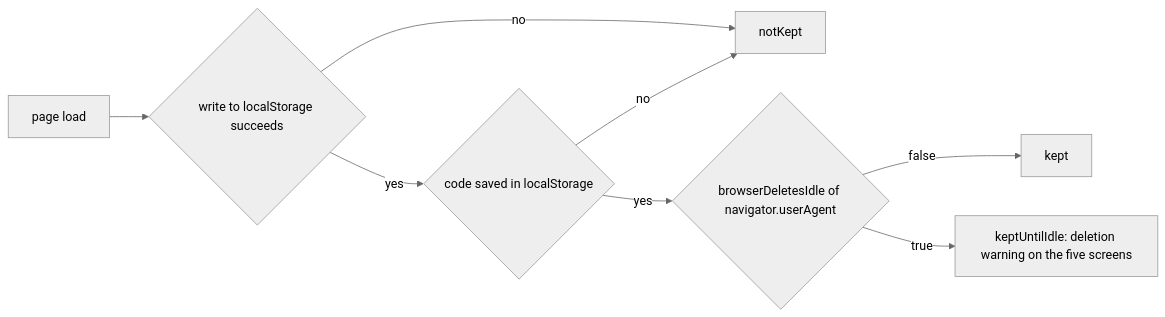
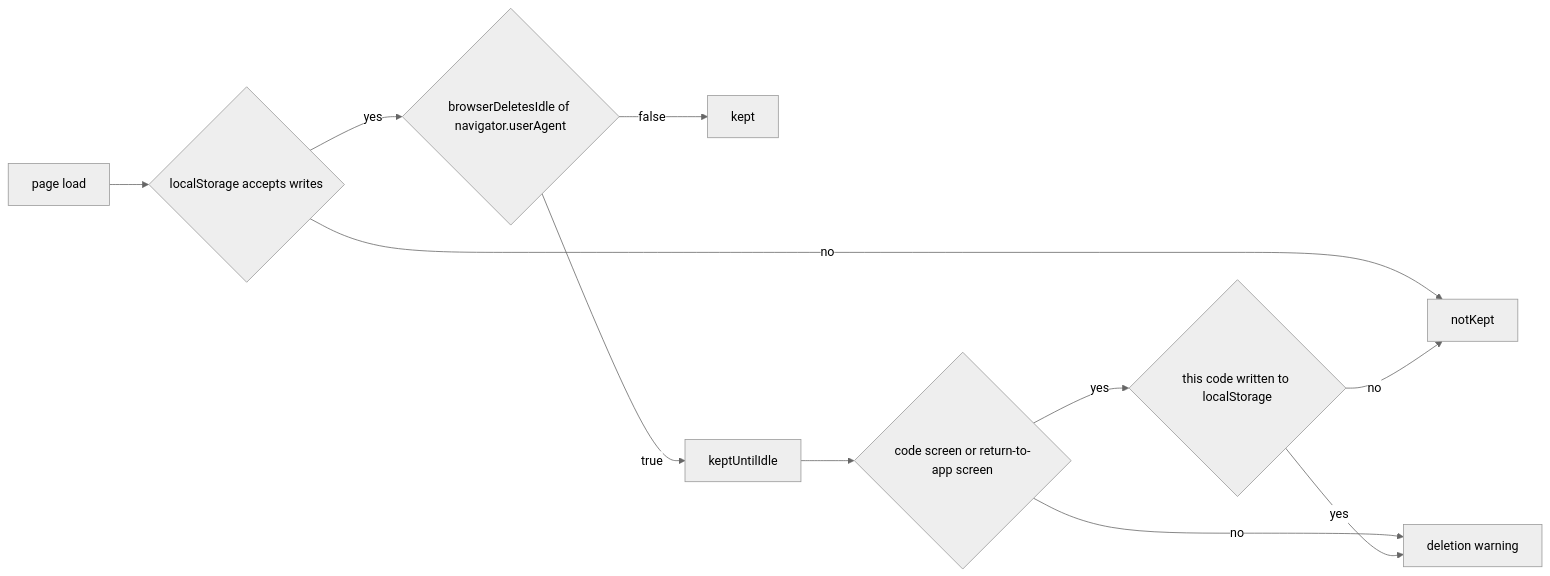
One commit to simplex-chat/simplex-chat changed the diagram in plans/2026-11-17-badges-browser-deletes-codes.md. Above: the diagram before and after it, drawn with Mermaid (neutral theme). The commit also changed other lines of this file, not shown here.

Commit message:
plans: badges retention as browser state, line breaks

````diff
--- a/plans/2026-11-17-badges-browser-deletes-codes.md
+++ b/plans/2026-11-17-badges-browser-deletes-codes.md
@@ -34,10 +46,13 @@
 ```mermaid
 flowchart LR
-  load[page load] --> w0{write to localStorage succeeds}
+  load[page load] --> w0{localStorage accepts writes}
   w0 -->|no| nk[notKept]
-  w0 -->|yes| s{code saved in localStorage}
-  s -->|no| nk
-  s -->|yes| d{browserDeletesIdle of navigator.userAgent}
+  w0 -->|yes| d{browserDeletesIdle of navigator.userAgent}
   d -->|false| k[kept]
-  d -->|true| u[keptUntilIdle: deletion warning on the five screens]
+  d -->|true| u[keptUntilIdle]
+  u --> s{code screen or return-to-app screen}
+  s -->|no| warn[deletion warning]
+  s -->|yes| c{this code written to localStorage}
+  c -->|yes| warn
+  c -->|no| nk
 ```
````
